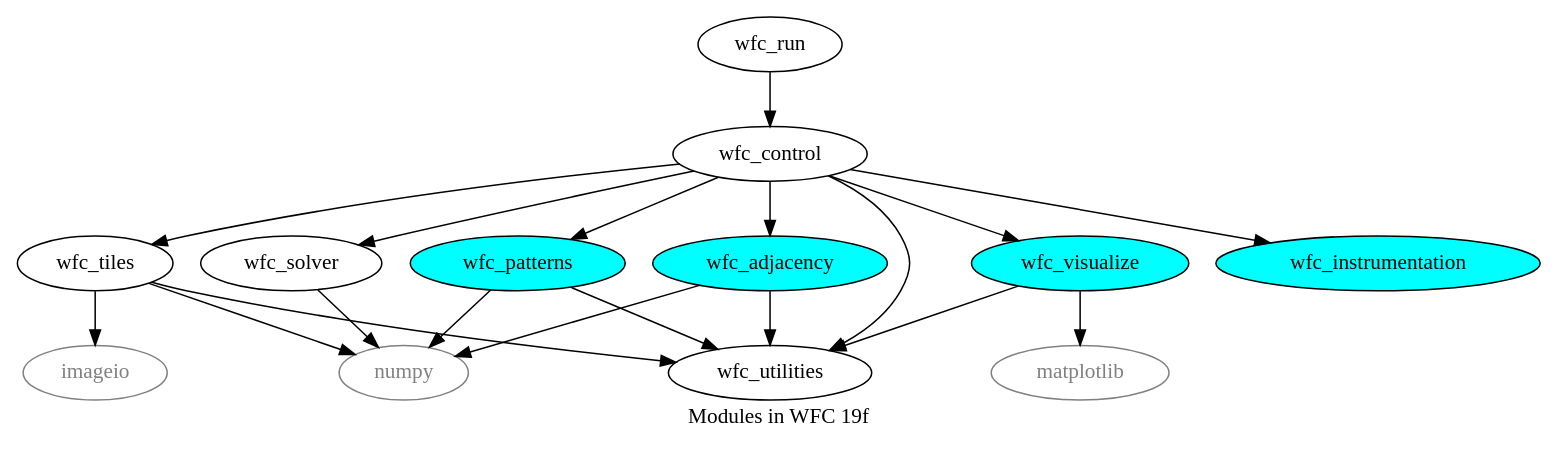
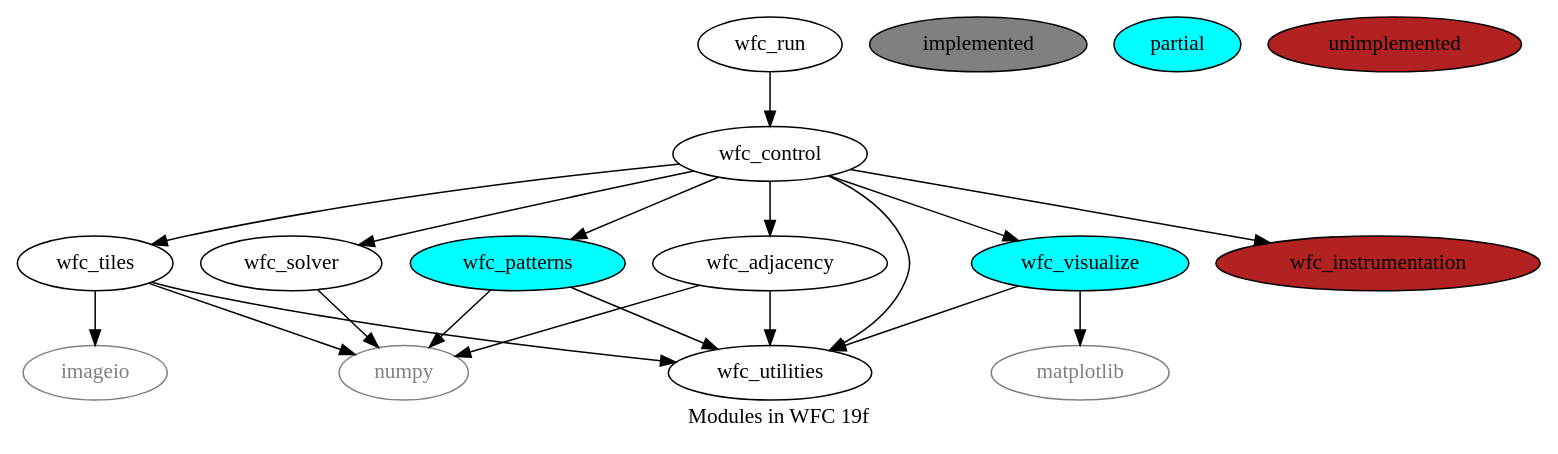
Before and after one commit to ikarth/wfc_2019f: the diagram in wfc/dependency.gv, drawn with Graphviz. The commit also changed 3 other files, not shown here.

```diff
--- a/wfc/dependency.gv
+++ b/wfc/dependency.gv
@@ -1,34 +1,37 @@
 digraph {
         wfc_run -> wfc_control
         wfc_control -> wfc_utilities
         wfc_control -> wfc_solver
         wfc_solver -> numpy
         wfc_tiles -> numpy
         wfc_patterns -> numpy
         wfc_tiles -> wfc_utilities
         wfc_control -> wfc_tiles
         wfc_control -> wfc_patterns
         wfc_patterns -> wfc_utilities
         wfc_tiles -> imageio
         wfc_control -> wfc_adjacency
         wfc_control -> wfc_visualize
         wfc_visualize -> matplotlib
         wfc_visualize -> wfc_utilities
         wfc_adjacency -> wfc_utilities
         wfc_adjacency -> numpy
         wfc_control -> wfc_instrumentation
-        
+
+        implemented [style=filled, fillcolor=gray]
+        partial [style=filled, fillcolor=cyan]
+        unimplemented [style=filled, fillcolor=firebrick]
         wfc_run
         wfc_control []
         wfc_solver
         numpy [color=gray, fontcolor=gray]
         wfc_tiles
         wfc_patterns [style=filled, fillcolor=cyan]
         wfc_utilities
         imageio [color=gray, fontcolor=gray]
-        wfc_adjacency [style=filled, fillcolor=cyan]
+        wfc_adjacency 
         wfc_visualize [style=filled, fillcolor=cyan]
         matplotlib [color=gray, fontcolor=gray]
-        wfc_instrumentation [style=filled, fillcolor=cyan]
+        wfc_instrumentation [style=filled, fillcolor=firebrick]
         label="Modules in WFC 19f"
 }
```
